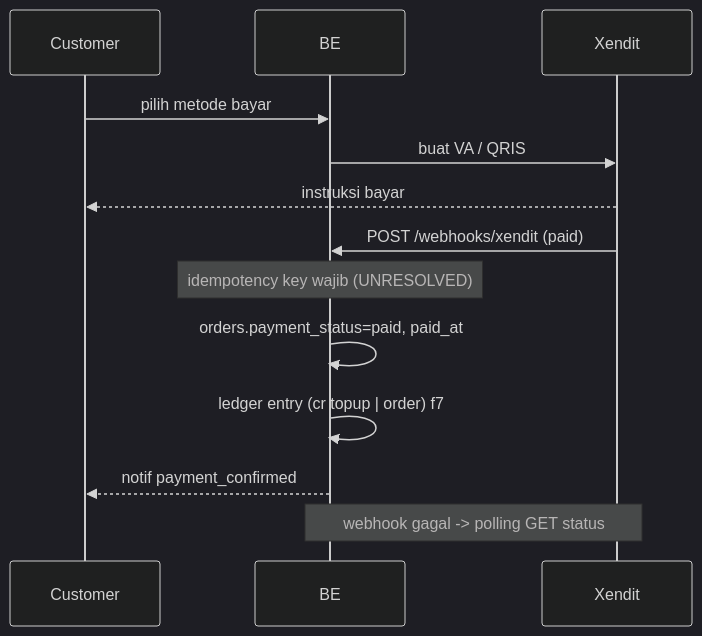
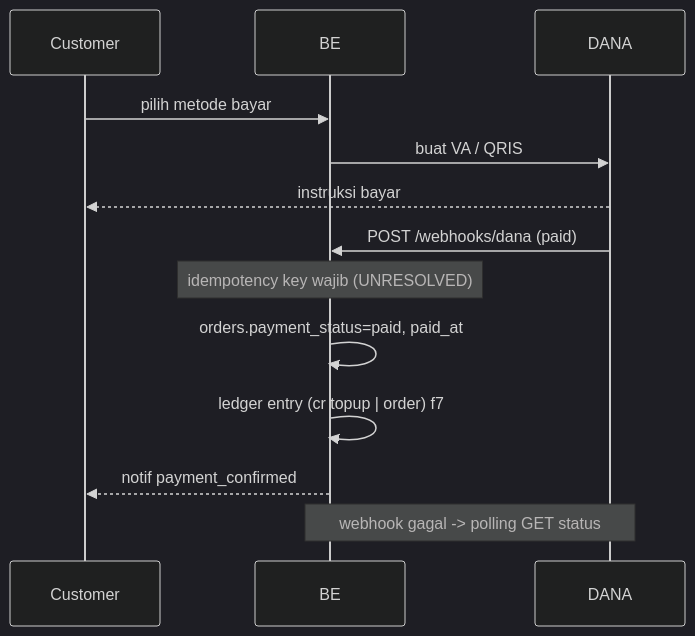
The sixth of 20 diagrams in docs/design/flows/API-SPEC.md (argasokataman-code/za7tein-pwa), drawn with Mermaid (dark theme) before and after one commit. The commit also changed other lines of this file and 72 other files, not shown here.

First line of the commit message:
feat(dana): ganti seluruh penamaan Xendit + layar VA/QRIS customer

````diff
--- a/docs/design/flows/API-SPEC.md
+++ b/docs/design/flows/API-SPEC.md
@@ -964,15 +964,15 @@
 ```mermaid
 sequenceDiagram
   participant C as Customer
   participant B as BE
-  participant X as Xendit
+  participant X as DANA
   C->>B: pilih metode bayar
   B->>X: buat VA / QRIS
   X-->>C: instruksi bayar
-  X->>B: POST /webhooks/xendit (paid)
+  X->>B: POST /webhooks/dana (paid)
   Note over B: idempotency key wajib (UNRESOLVED)
   B->>B: orders.payment_status=paid, paid_at
   B->>B: ledger entry (cr topup | order) f7
   B-->>C: notif payment_confirmed
   Note over B,X: webhook gagal -> polling GET status
 ```
````
